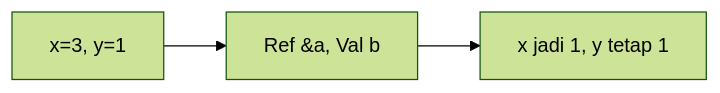
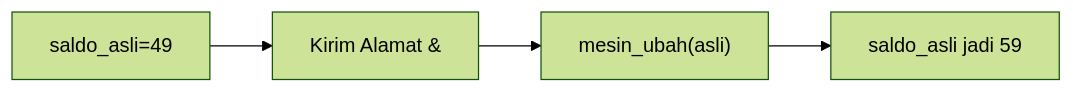
One commit to amnahwaida/OSNK_INF_PREP changed the third of 25 diagrams in part-c-pemahaman-cpp/04-fungsi/latihan/set-05.md. Above: the diagram before and after it, drawn with Mermaid (forest theme). The commit also changed other lines of this file and 71 other files, not shown here.

````diff
--- a/part-c-pemahaman-cpp/04-fungsi/latihan/set-05.md
+++ b/part-c-pemahaman-cpp/04-fungsi/latihan/set-05.md
@@ -75,5 +77,6 @@
 ```mermaid
 graph LR
-A["x=3, y=1"] --> B["Ref &a, Val b"]
-B --> C["x jadi 1, y tetap 1"]
+A["saldo_asli=49"] --> B["Kirim Alamat &"]
+B --> C["mesin_ubah(asli)"]
+C --> D["saldo_asli jadi 59"]
 ```
````
